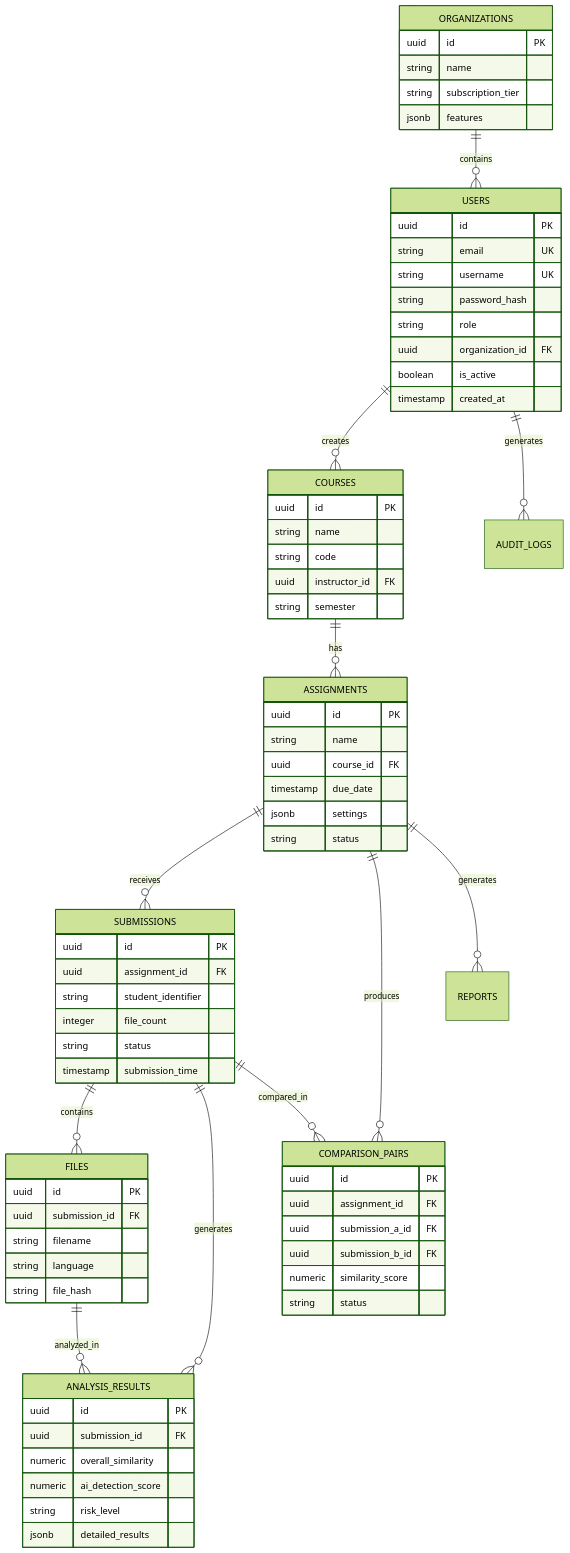
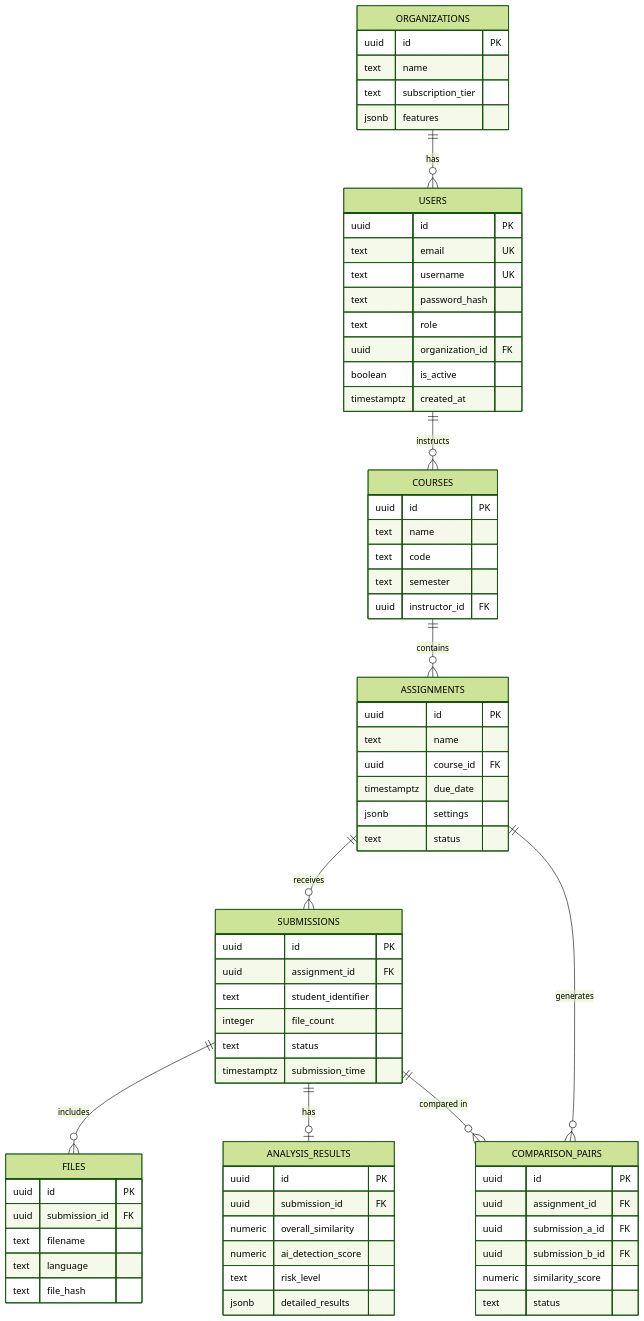
The fourth of 4 diagrams in README.md (Shafwansafi06/code-guard-nexus), drawn with Mermaid (forest theme) before and after one commit. The commit also changed other lines of this file and 18 other files, not shown here.

````diff
--- a/README.md
+++ b/README.md
@@ -372,67 +237,64 @@
 ```mermaid
 erDiagram
-    USERS ||--o{ COURSES : creates
-    USERS ||--o{ AUDIT_LOGS : generates
-    ORGANIZATIONS ||--o{ USERS : contains
-    COURSES ||--o{ ASSIGNMENTS : has
+    ORGANIZATIONS ||--o{ USERS : has
+    USERS ||--o{ COURSES : instructs
+    COURSES ||--o{ ASSIGNMENTS : contains
     ASSIGNMENTS ||--o{ SUBMISSIONS : receives
-    SUBMISSIONS ||--o{ FILES : contains
-    SUBMISSIONS ||--o{ ANALYSIS_RESULTS : generates
-    FILES ||--o{ ANALYSIS_RESULTS : analyzed_in
-    ASSIGNMENTS ||--o{ COMPARISON_PAIRS : produces
-    SUBMISSIONS ||--o{ COMPARISON_PAIRS : compared_in
-    ASSIGNMENTS ||--o{ REPORTS : generates
+    SUBMISSIONS ||--o{ FILES : includes
+    SUBMISSIONS ||--o| ANALYSIS_RESULTS : has
+    ASSIGNMENTS ||--o{ COMPARISON_PAIRS : generates
+    SUBMISSIONS ||--o{ COMPARISON_PAIRS : "compared in"
+    
+    ORGANIZATIONS {
+        uuid id PK
+        text name
+        text subscription_tier
+        jsonb features
+    }
     
     USERS {
         uuid id PK
-        string email UK
-        string username UK
-        string password_hash
-        string role
+        text email UK
+        text username UK
+        text password_hash
+        text role
         uuid organization_id FK
         boolean is_active
-        timestamp created_at
-    }
-    
-    ORGANIZATIONS {
-        uuid id PK
-        string name
-        string subscription_tier
-        jsonb features
+        timestamptz created_at
     }
     
     COURSES {
         uuid id PK
-        string name
-        string code
+        text name
+        text code
+        text semester
         uuid instructor_id FK
-        string semester
     }
     
     ASSIGNMENTS {
         uuid id PK
-        string name
+        text name
         uuid course_id FK
-        timestamp due_date
+        timestamptz due_date
         jsonb settings
-        string status
+        text status
     }
     
     SUBMISSIONS {
         uuid id PK
         uuid assignment_id FK
-        string student_identifier
+        text student_identifier
         integer file_count
-        string status
-        timestamp submission_time
+        text status
+        timestamptz submission_time
     }
     
     FILES {
         uuid id PK
         uuid submission_id FK
-        string filename
-        string language
-        string file_hash
+        text filename
+        text language
+        text file_hash
     }
     
     ANALYSIS_RESULTS {
@@ -440,7 +302,7 @@
         uuid submission_id FK
         numeric overall_similarity
         numeric ai_detection_score
-        string risk_level
+        text risk_level
         jsonb detailed_results
     }
     
@@ -450,6 +312,6 @@
         uuid submission_a_id FK
         uuid submission_b_id FK
         numeric similarity_score
-        string status
+        text status
     }
 ```
````
